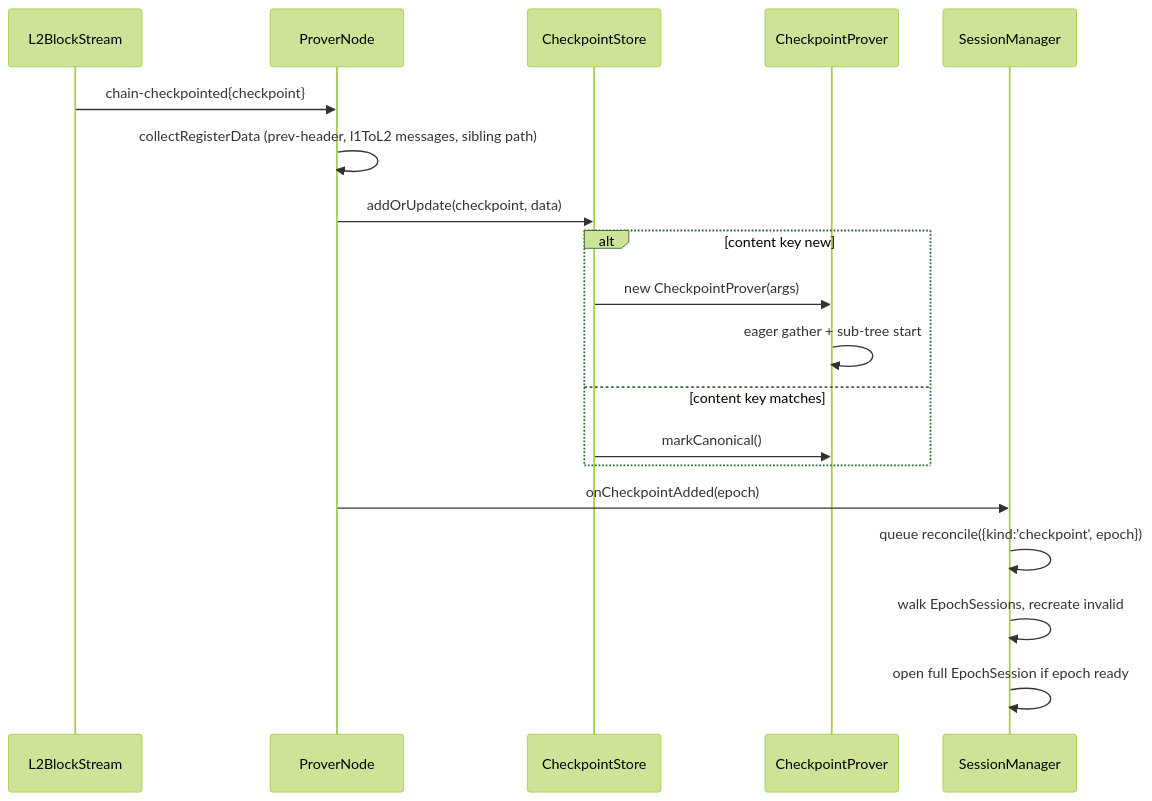
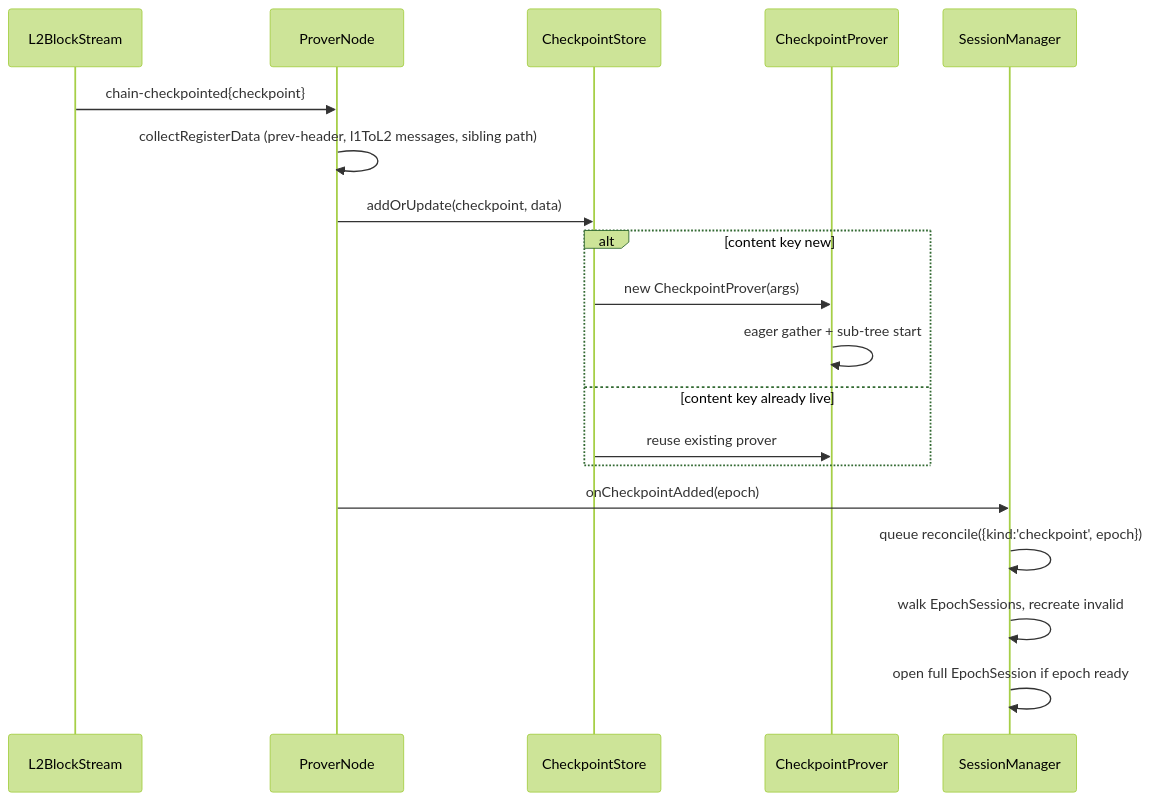
Before and after one commit to aztec-labs-eng/aztec-node: the fourth of 7 diagrams in yarn-project/prover-node/README.md, drawn with Mermaid (forest theme). The commit also changed other lines of this file and 11 other files, not shown here.

````diff
--- a/yarn-project/prover-node/README.md
+++ b/yarn-project/prover-node/README.md
@@ -277,22 +272,22 @@
 ```mermaid
 sequenceDiagram
   participant L2 as L2BlockStream
   participant PN as ProverNode
   participant CS as CheckpointStore
   participant CP as CheckpointProver
   participant SM as SessionManager
 
   L2->>PN: chain-checkpointed{checkpoint}
   PN->>PN: collectRegisterData (prev-header, l1ToL2 messages, sibling path)
   PN->>CS: addOrUpdate(checkpoint, data)
   alt content key new
     CS->>CP: new CheckpointProver(args)
     CP->>CP: eager gather + sub-tree start
-  else content key matches
-    CS->>CP: markCanonical()
+  else content key already live
+    CS->>CP: reuse existing prover
   end
   PN->>SM: onCheckpointAdded(epoch)
   SM->>SM: queue reconcile({kind:'checkpoint', epoch})
   SM->>SM: walk EpochSessions, recreate invalid
   SM->>SM: open full EpochSession if epoch ready
 ```
````
